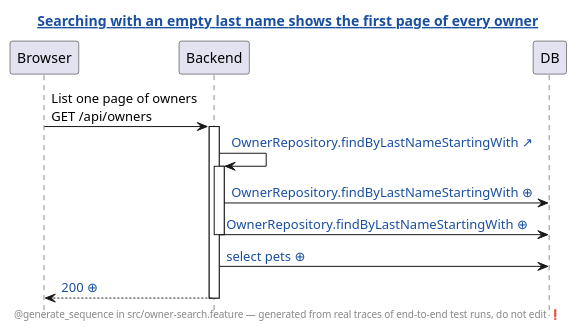
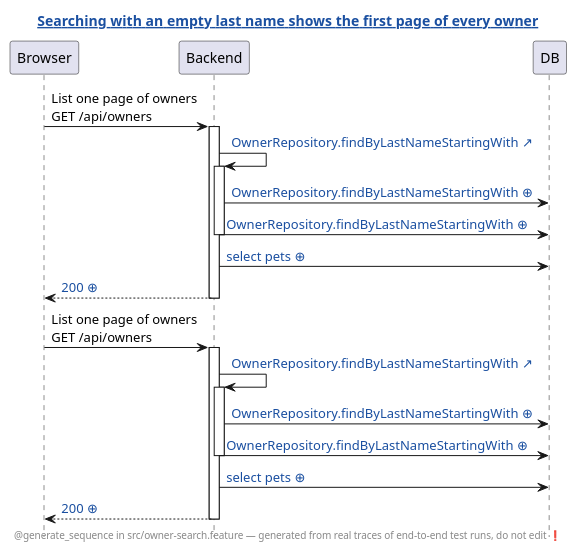
One commit to victorrentea/petclinic changed the diagram in petclinic-test/generated/owner-search.feature.searching-with-an-empty-last-name-shows-the-first-page-of-every-owner.genseq.puml. Above: the diagram before and after it, drawn with PlantUML. The commit also changed 29 other files, not shown here.

First line of the commit message:
[auto-fix] Owners paging review: 400s for bad pages, Add Owner on empty, sort headers without Material internals, glue and stylesheet cleanups

```diff
--- a/petclinic-test/generated/owner-search.feature.searching-with-an-empty-last-name-shows-the-first-page-of-every-owner.genseq.puml
+++ b/petclinic-test/generated/owner-search.feature.searching-with-an-empty-last-name-shows-the-first-page-of-every-owner.genseq.puml
@@ -1,21 +1,31 @@
 @startuml
 ' ⚠️  GENERATED FILE — DO NOT EDIT. Every edit is lost on the next run.
 hide footbox
 skinparam hyperlinkUnderline false
 skinparam hyperlinkColor #1A4FA0
 title [[src://petclinic-test/src/owner-search.feature:26{Click to open the test} Searching with an empty last name shows the first page of every owner]]
 footer @generate_sequence in src/owner-search.feature — generated from real traces of end-to-end test runs, do not edit ❗
 participant Browser
 participant Backend
 participant DB
 Browser -> Backend: List one page of owners\nGET /api/owners
 activate Backend
 Backend -> Backend: [[src://petclinic-backend/src/main/java/victor/training/petclinic/repository/OwnerRepository.java:13{Click to open OwnerRepository.findByLastNameStartingWith} OwnerRepository.findByLastNameStartingWith ↗]]
 activate Backend
 Backend -> DB: [[genseq://1ub53i8{Click for the statement behind this call} OwnerRepository.findByLastNameStartingWith ⊕]]
 Backend -> DB: [[genseq://0rcs8yy{Click for the statement behind this call} OwnerRepository.findByLastNameStartingWith ⊕]]
 deactivate Backend
 Backend -> DB: [[genseq://1ruk3w0{Click for the statement behind this call} select pets ⊕]]
-Backend --> Browser: [[genseq://117na6h{Click for this call’s JSON body} 200 ⊕]]
+Backend --> Browser: [[genseq://1pu4t30{Click for this call’s JSON body} 200 ⊕]]
+deactivate Backend
+Browser -> Backend: List one page of owners\nGET /api/owners
+activate Backend
+Backend -> Backend: [[src://petclinic-backend/src/main/java/victor/training/petclinic/repository/OwnerRepository.java:13{Click to open OwnerRepository.findByLastNameStartingWith} OwnerRepository.findByLastNameStartingWith ↗]]
+activate Backend
+Backend -> DB: [[genseq://1ub53i8{Click for the statement behind this call} OwnerRepository.findByLastNameStartingWith ⊕]]
+Backend -> DB: [[genseq://0rcs8yy{Click for the statement behind this call} OwnerRepository.findByLastNameStartingWith ⊕]]
+deactivate Backend
+Backend -> DB: [[genseq://1ruk3w0{Click for the statement behind this call} select pets ⊕]]
+Backend --> Browser: [[genseq://1pu4t30{Click for this call’s JSON body} 200 ⊕]]
 deactivate Backend
 @enduml
```
